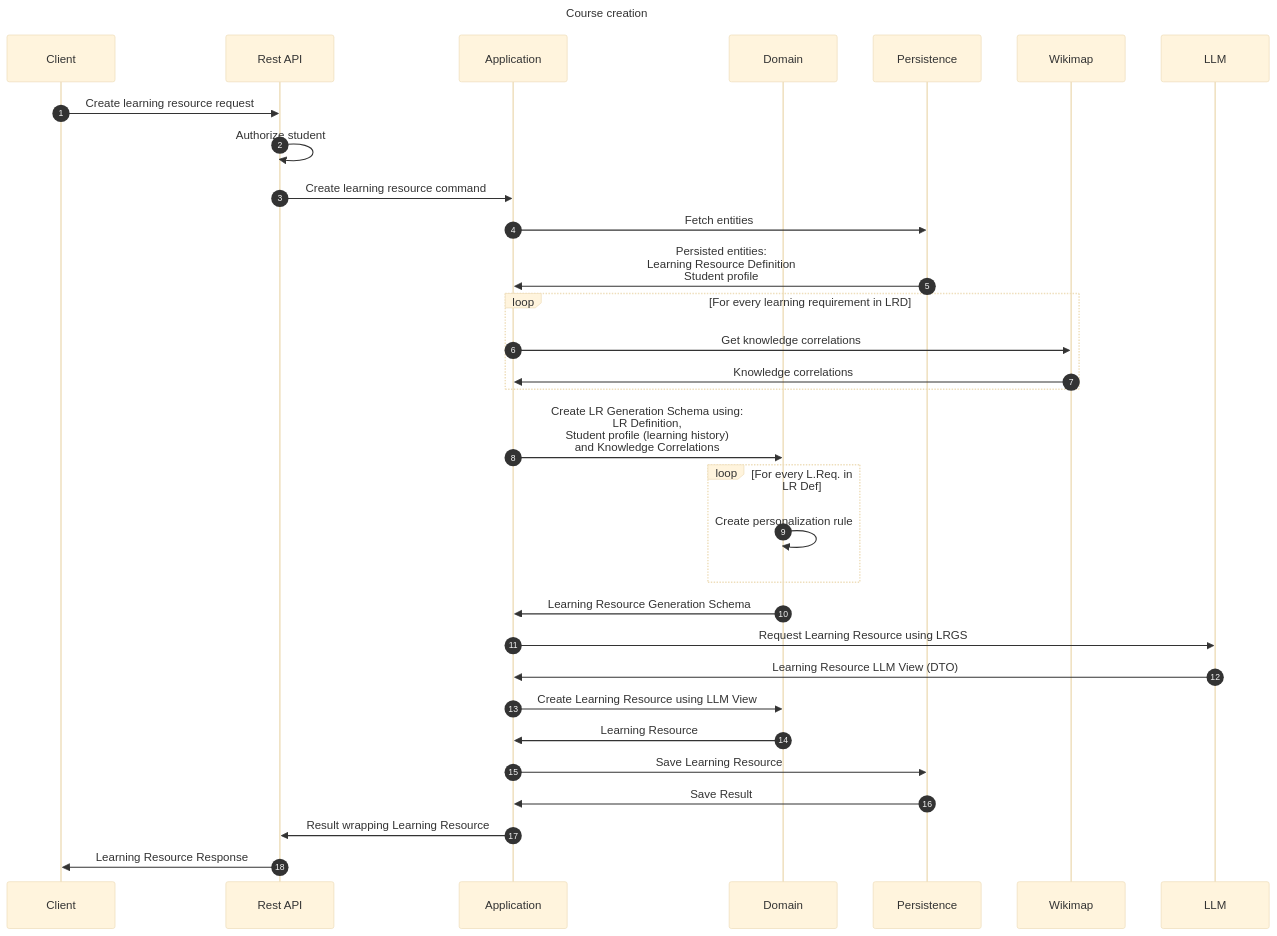
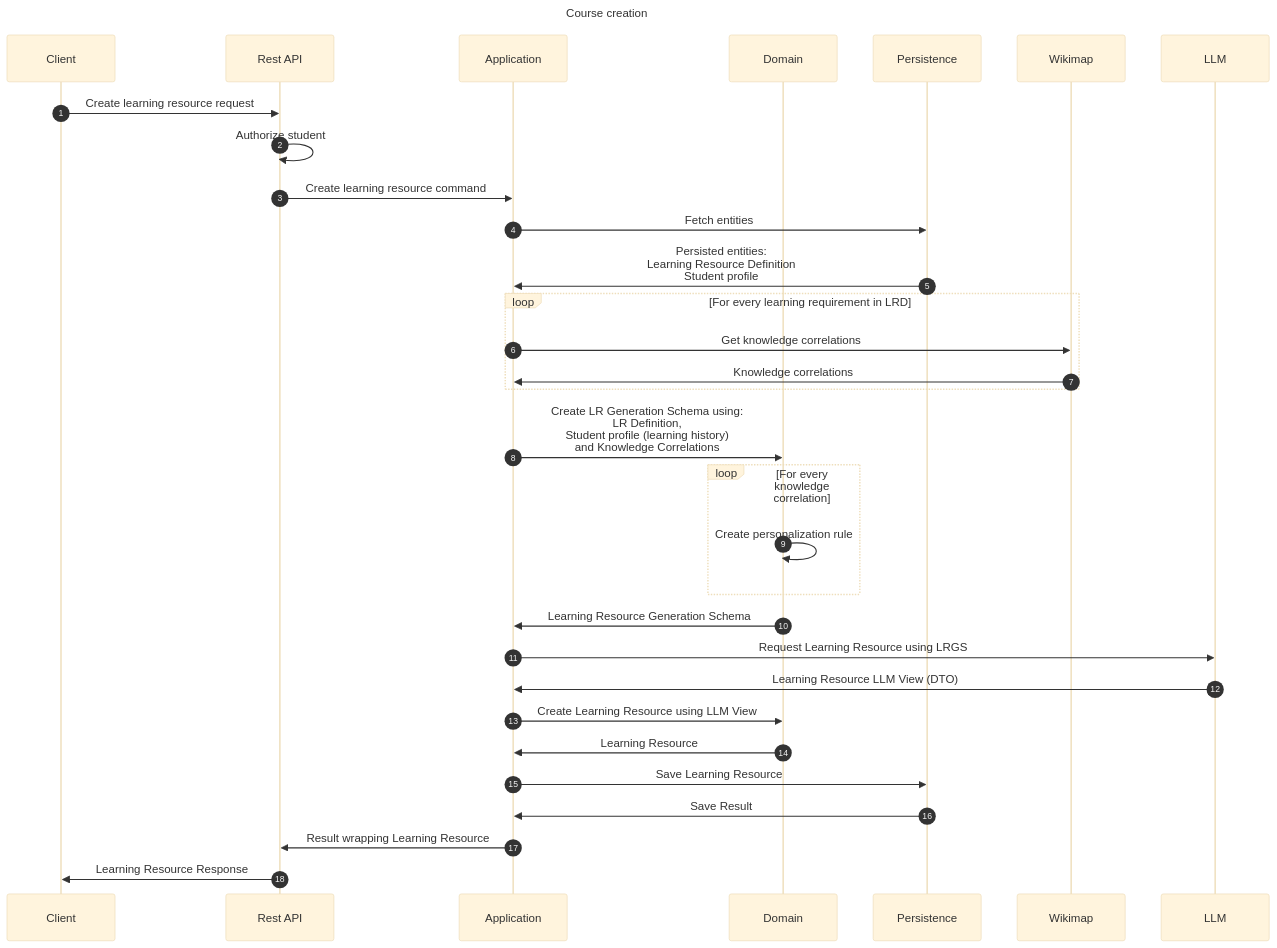
Before and after one commit to EdutieProject/edutie-backend: the diagram in docs/edutie/flows/learning/CreateLearningResource.md, drawn with Mermaid (base theme). The commit also changed 5 other files, not shown here.

Commit message:
Mini update for CreateLearningResource flow & defs

````diff
--- a/docs/edutie/flows/learning/CreateLearningResource.md
+++ b/docs/edutie/flows/learning/CreateLearningResource.md
@@ -6,38 +6,38 @@
 ```mermaid
 ---
 title: Course creation
 ---
 sequenceDiagram
     participant Client
     participant Rest API
     participant Application
     participant Domain
     participant Persistence
     participant Wikimap
     participant LLM
     autonumber
     
     Client->>Rest API: Create learning resource request
     Rest API->>Rest API: Authorize student
     Rest API->>Application: Create learning resource command
     Application->>Persistence: Fetch entities
     Persistence->>Application: Persisted entities:<br/>Learning Resource Definition<br/>Student profile
     loop For every learning requirement in LRD
         Application->>Wikimap: Get knowledge correlations
         Wikimap->>Application: Knowledge correlations
     end
     Application->>Domain: Create LR Generation Schema using:<br/> LR Definition,<br/>Student profile (learning history) <br/>and Knowledge Correlations
-    loop For every L.Req. in LR Def
+    loop For every knowledge correlation
       Domain->>Domain: Create personalization rule
     end
     Domain->>Application: Learning Resource Generation Schema
     Application->>LLM: Request Learning Resource using LRGS
     LLM->>Application: Learning Resource LLM View (DTO)
     Application->>Domain: Create Learning Resource using LLM View
     Domain->>Application: Learning Resource
     Application->>Persistence: Save Learning Resource
     Persistence->>Application: Save Result
     Application->>Rest API: Result wrapping Learning Resource
     Rest API->>Client: Learning Resource Response
 
 ```
````
